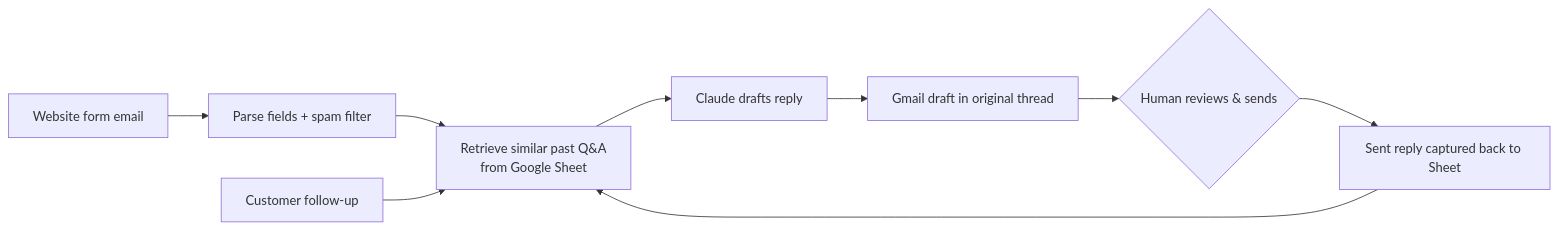
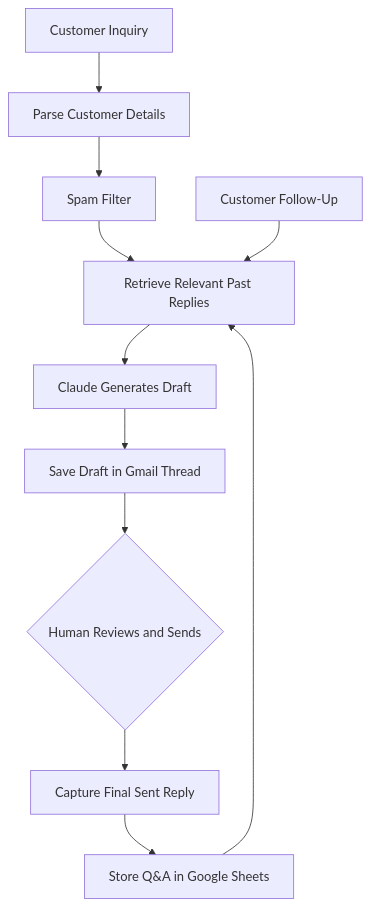
One commit to KeonKimmer/ai-email-draft-assistant changed the diagram in README.md. Above: the diagram before and after it, drawn with Mermaid. The commit also changed other lines of this file, not shown here.

````diff
--- a/README.md
+++ b/README.md
@@ -25,11 +30,13 @@
 ```mermaid
-flowchart LR
-    F[Website form email] --> P[Parse fields + spam filter]
-    P --> R[Retrieve similar past Q&A<br/>from Google Sheet]
-    R --> C[Claude drafts reply]
-    C --> D[Gmail draft in original thread]
-    D --> H{Human reviews & sends}
-    H --> S[Sent reply captured back to Sheet]
-    S --> R
-    CU[Customer follow-up] --> R
+flowchart TD
+    A[Customer Inquiry] --> B[Parse Customer Details]
+    B --> C[Spam Filter]
+    C --> D[Retrieve Relevant Past Replies]
+    D --> E[Claude Generates Draft]
+    E --> F[Save Draft in Gmail Thread]
+    F --> G{Human Reviews and Sends}
+    G --> H[Capture Final Sent Reply]
+    H --> I[Store Q&A in Google Sheets]
+    I --> D
+    J[Customer Follow-Up] --> D
 ```
````
